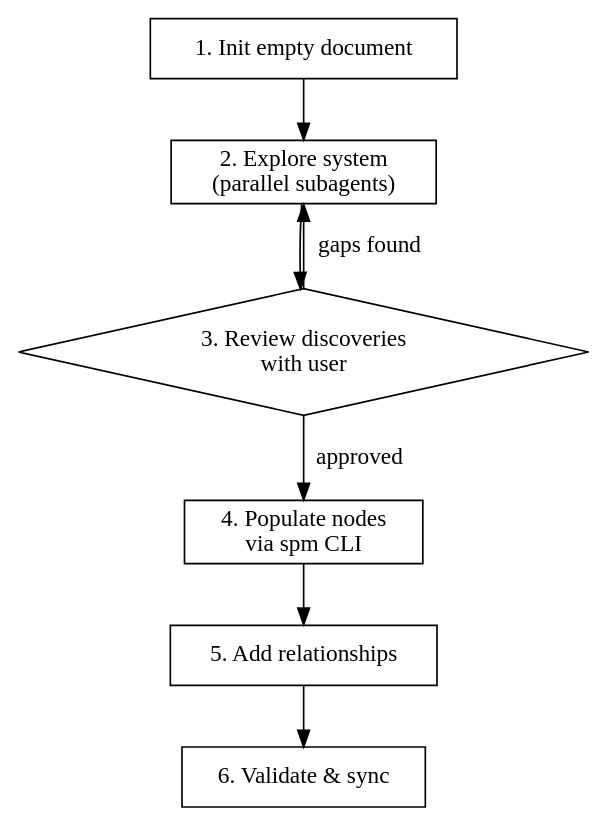
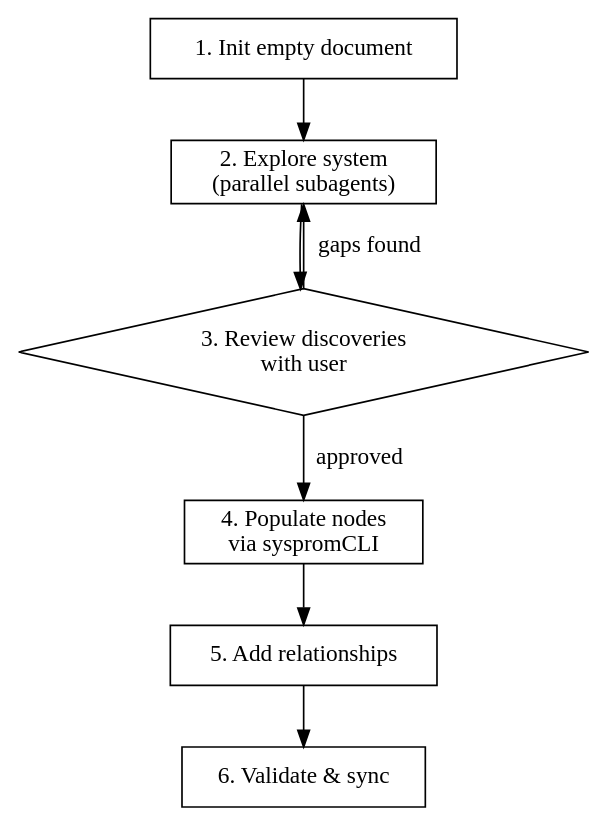
Before and after one commit to ExaDev/SysProM: the diagram in .claude/skills/discover-system/SKILL.md, drawn with Graphviz. The commit also changed other lines of this file and 2 other files, not shown here.

Commit message:
refactor(docs): update command examples to prefer sysprom over spm

````diff
--- a/.claude/skills/discover-system/SKILL.md
+++ b/.claude/skills/discover-system/SKILL.md
@@ -20,16 +20,16 @@
 ```dot
 digraph discover {
   rankdir=TB;
   init [label="1. Init empty document" shape=box];
   explore [label="2. Explore system\n(parallel subagents)" shape=box];
   review [label="3. Review discoveries\nwith user" shape=diamond];
-  populate [label="4. Populate nodes\nvia spm CLI" shape=box];
+  populate [label="4. Populate nodes\nvia syspromCLI" shape=box];
   relate [label="5. Add relationships" shape=box];
   validate [label="6. Validate & sync" shape=box];
 
   init -> explore -> review;
   review -> populate [label="approved"];
   review -> explore [label="gaps found"];
   populate -> relate -> validate;
 }
 ```
````
